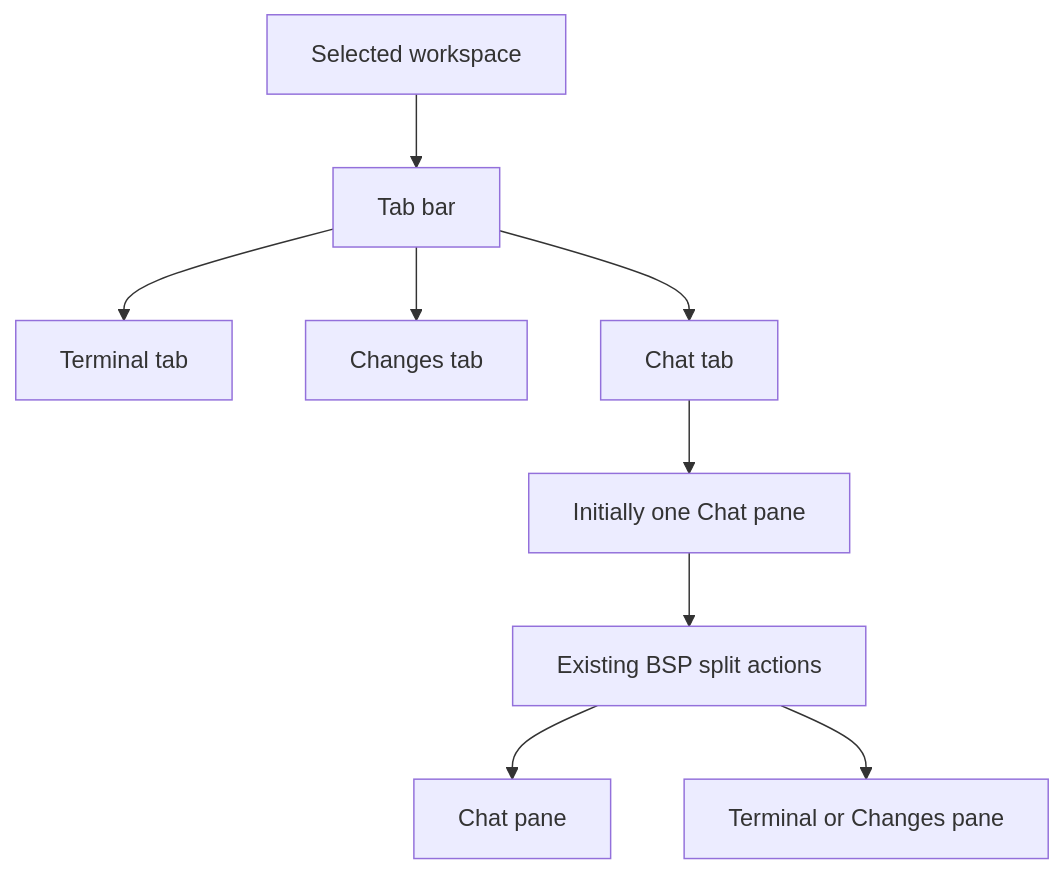
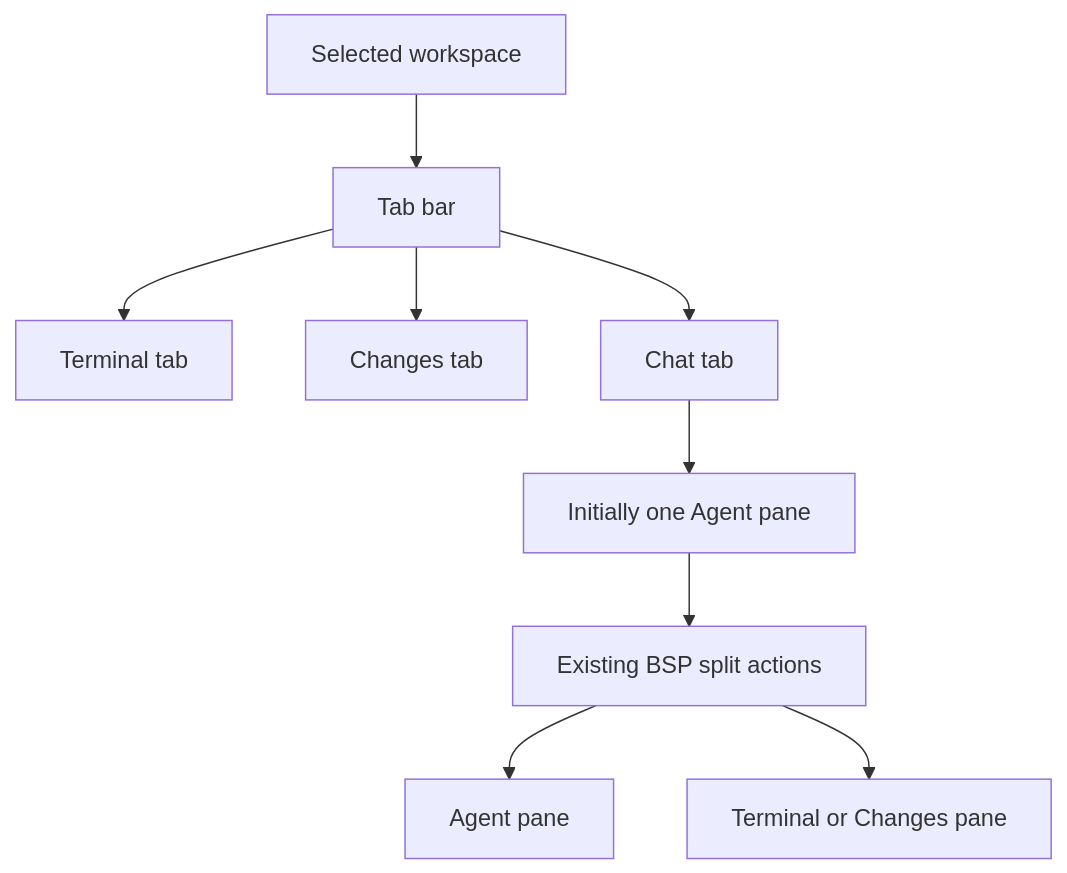
Before and after one commit to Shad02w/cerebro: the sixth of 10 diagrams in docs/agent-chat-plan.md, drawn with Mermaid. The commit also changed other lines of this file and 3 other files, not shown here.

First line of the commit message:
Rename leftover chat pane wording to agent pane.

````diff
--- a/docs/agent-chat-plan.md
+++ b/docs/agent-chat-plan.md
@@ -249,11 +249,11 @@
 ```mermaid
 flowchart TB
     Workspace[Selected workspace] --> Bar[Tab bar]
     Bar --> Terminal[Terminal tab]
     Bar --> Changes[Changes tab]
     Bar --> Chat[Chat tab]
-    Chat --> Single[Initially one Chat pane]
+    Chat --> Single[Initially one Agent pane]
     Single --> Split[Existing BSP split actions]
-    Split --> Left[Chat pane]
+    Split --> Left[Agent pane]
     Split --> Right[Terminal or Changes pane]
 ```
````
